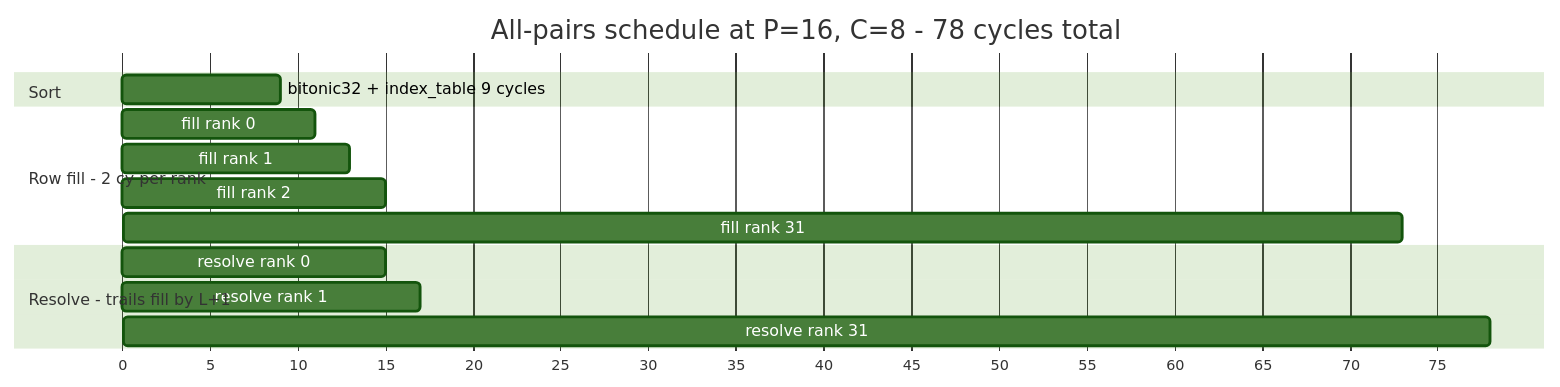
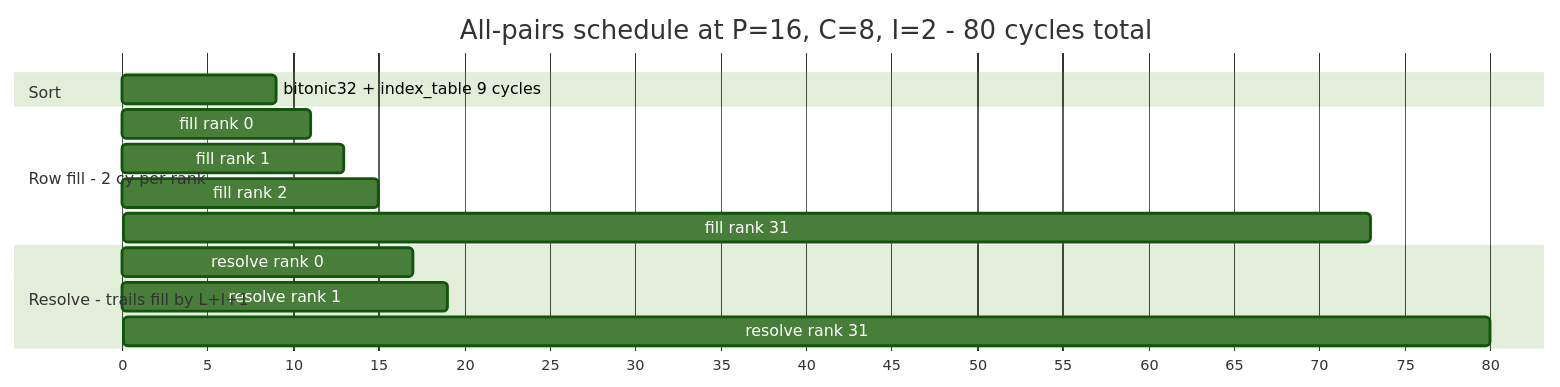
The first of 5 diagrams in docs/plan.md (YutharsanS/hardware-accelerated-nms-algorithm), drawn with Mermaid (forest theme) before and after one commit. The commit also changed other lines of this file and 18 other files, not shown here.

````diff
--- a/docs/plan.md
+++ b/docs/plan.md
@@ -473,17 +479,17 @@
 ```mermaid
 gantt
-  title All-pairs schedule at P=16, C=8 - 78 cycles total
+  title All-pairs schedule at P=16, C=8, I=2 - 80 cycles total
   dateFormat X
   axisFormat %s
   section Sort
   bitonic32 + index_table 9 cycles :0, 9
   section Row fill - 2 cy per rank
   fill rank 0           :9, 11
   fill rank 1           :11, 13
   fill rank 2           :13, 15
   fill rank 31          :71, 73
-  section Resolve - trails fill by L+1
-  resolve rank 0        :14, 15
-  resolve rank 1        :16, 17
-  resolve rank 31       :76, 78
+  section Resolve - trails fill by L+I+1
+  resolve rank 0        :16, 17
+  resolve rank 1        :18, 19
+  resolve rank 31       :78, 80
 ```
````
